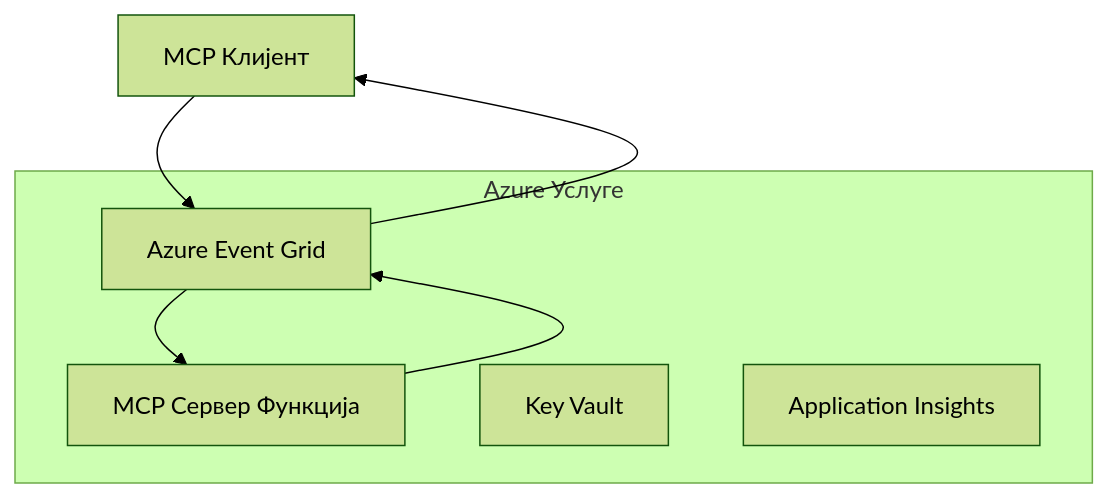
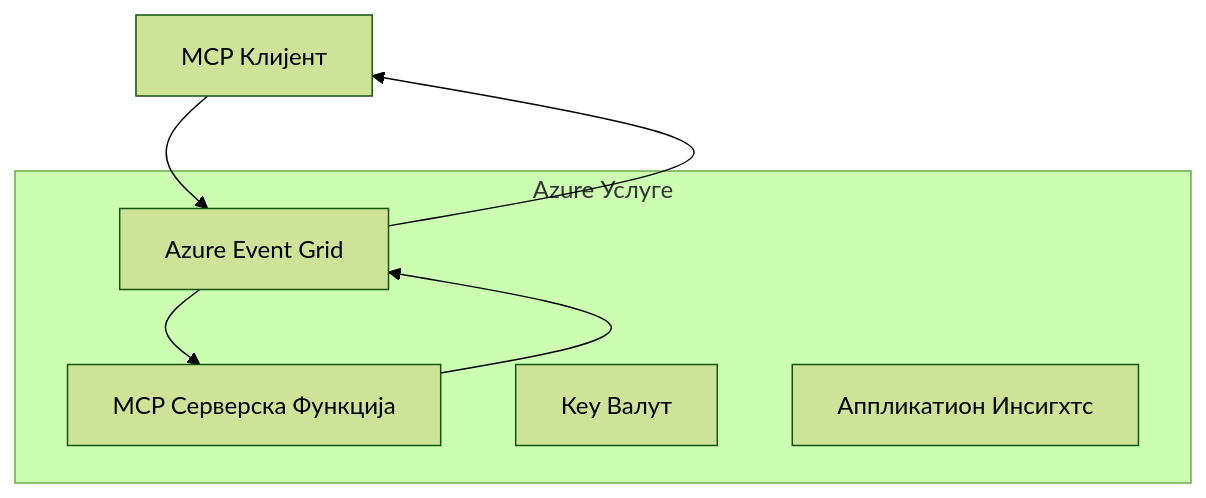
The first of 2 diagrams in mcp_ecosystem__model_context_protocol/mcp_learning_resources/mcp-for-beginners/translations/sr/05-AdvancedTopics/mcp-transport/README.md (HIDORAKAI002/ai-workspace-archive), drawn with Mermaid (forest theme) before and after one commit. The commit also changed other lines of this file and 1539 other files, not shown here.

````diff
--- a/mcp_ecosystem__model_context_protocol/mcp_learning_resources/mcp-for-beginners/translations/sr/05-AdvancedTopics/mcp-transport/README.md
+++ b/mcp_ecosystem__model_context_protocol/mcp_learning_resources/mcp-for-beginners/translations/sr/05-AdvancedTopics/mcp-transport/README.md
@@ -58,14 +58,14 @@
 ```mermaid
 graph TB
     Client[MCP Клијент] --> EG[Azure Event Grid]
-    EG --> Server[MCP Сервер Функција]
+    EG --> Server[MCP Серверска Функција]
     Server --> EG
     EG --> Client
     
     subgraph "Azure Услуге"
         EG
         Server
-        KV[Key Vault]
-        Monitor[Application Insights]
+        KV[Кеy Валут]
+        Monitor[Аппликатион Инсигхтс]
     end
 ```
````
